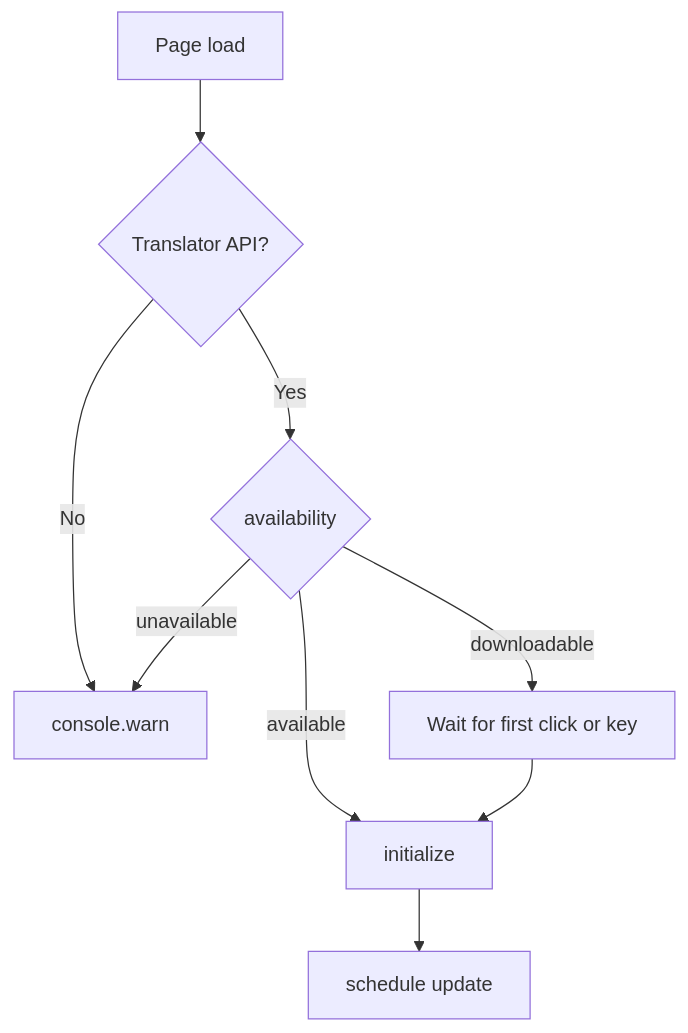
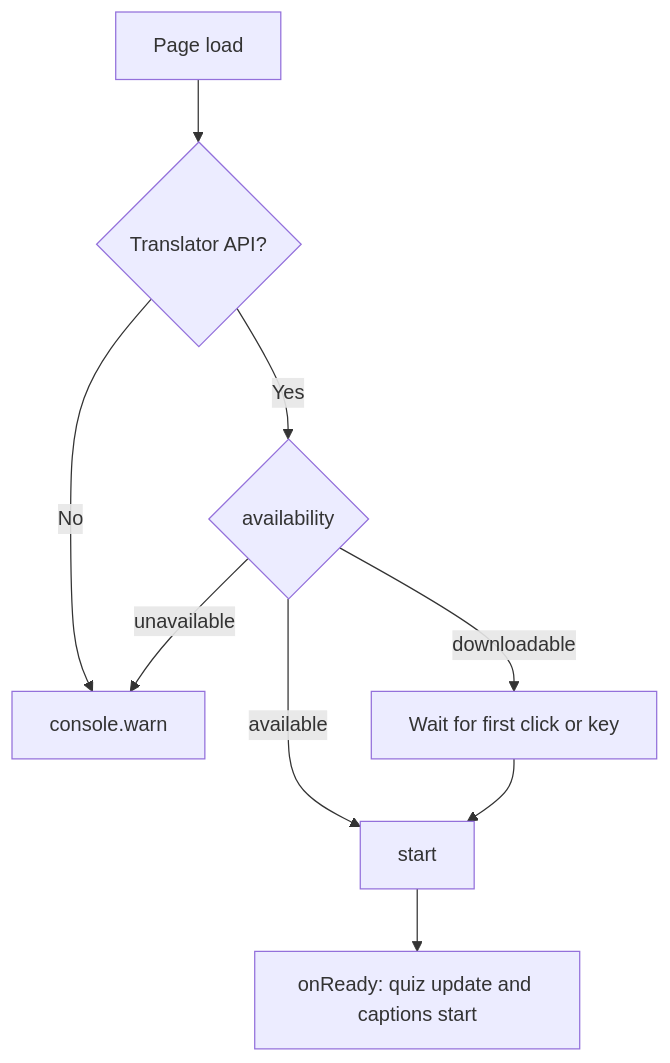
Before and after one commit to JaceDashS/udemy-korean-translator: the diagram in docs/design/translation/10-startup.md, drawn with Mermaid. The commit also changed other lines of this file and 25 other files, not shown here.

````diff
--- a/docs/design/translation/10-startup.md
+++ b/docs/design/translation/10-startup.md
@@ -17,10 +18,10 @@
 ```mermaid
 flowchart TD
     A[Page load] --> B{Translator API?}
     B -- No --> W[console.warn]
     B -- Yes --> C{availability}
-    C -- available --> I[initialize]
+    C -- available --> I[start]
     C -- downloadable --> G[Wait for first click or key] --> I
     C -- unavailable --> W
-    I --> S[schedule update]
+    I --> S[onReady: quiz update and captions start]
 ```
````
